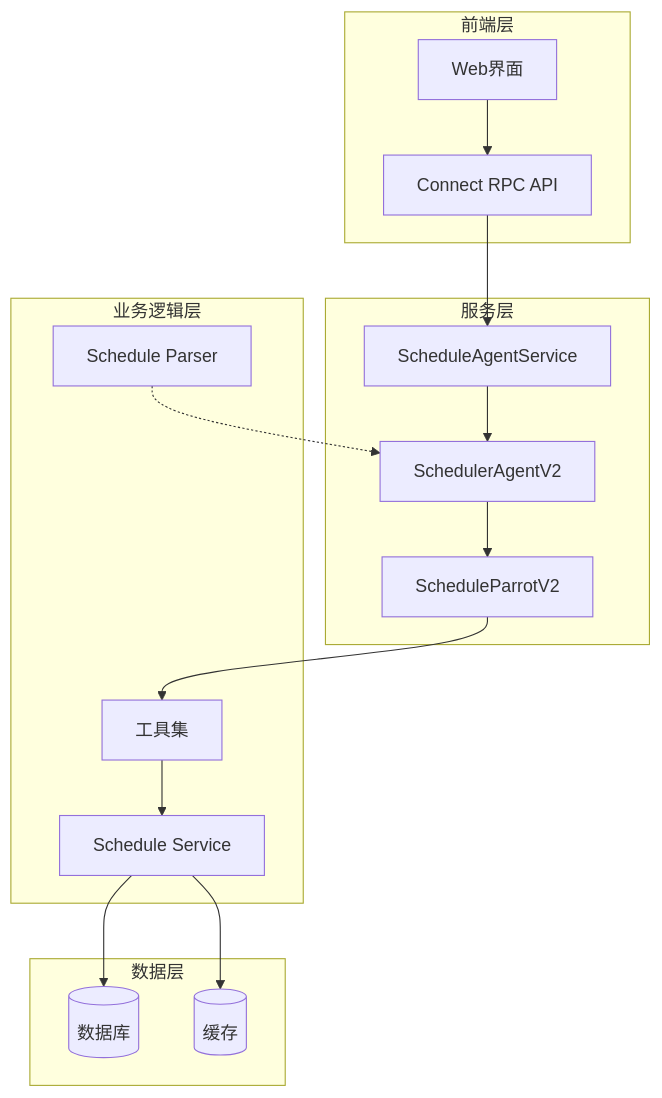
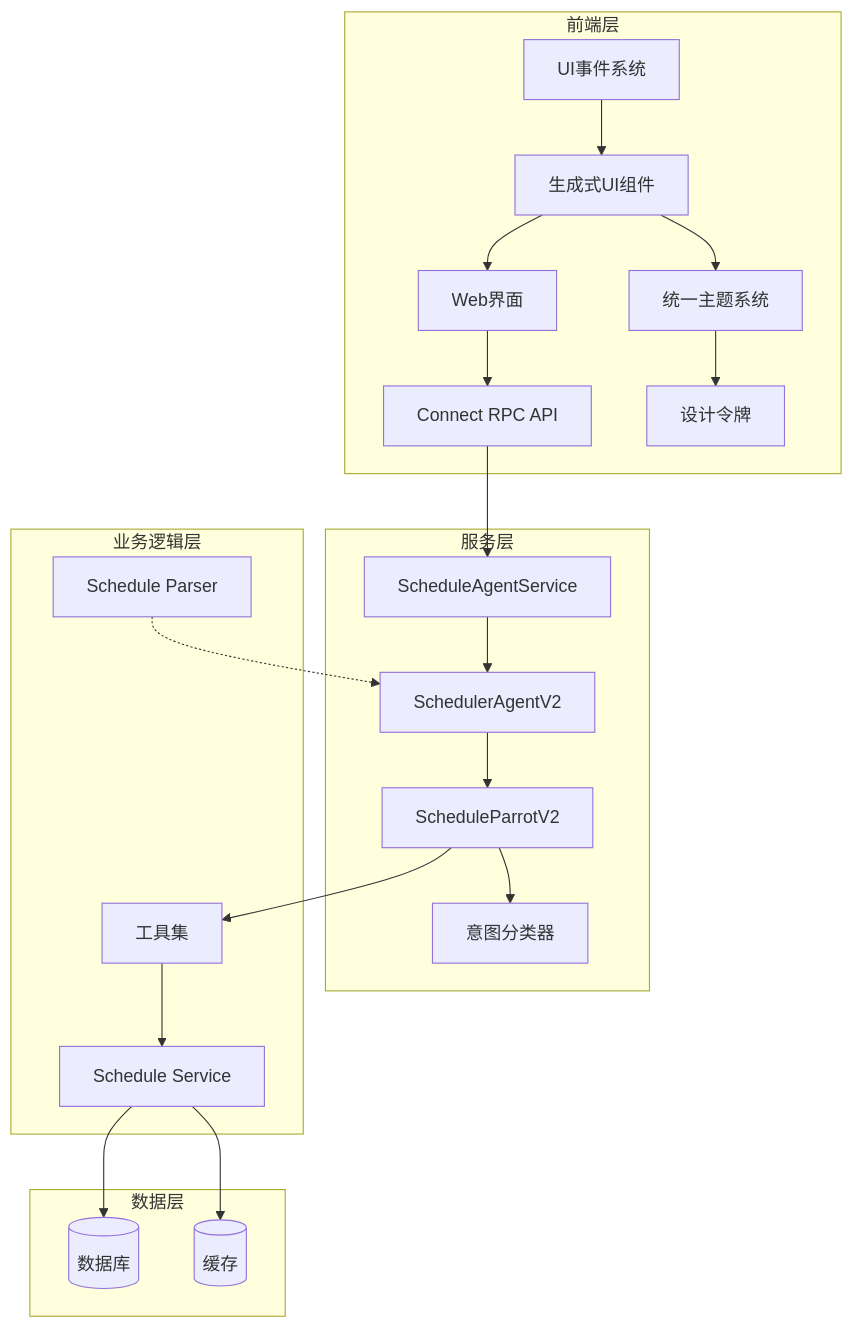
One commit to hrygo/memos changed the first of 23 diagrams in .qoder/repowiki/zh/content/AI 增强系统/Parrot 多代理 AI 系统/Schedule Parrot 日程管理代理.md. Above: the diagram before and after it, drawn with Mermaid. The commit also changed other lines of this file and 29 other files, not shown here.

````diff
--- a/.qoder/repowiki/zh/content/AI 增强系统/Parrot 多代理 AI 系统/Schedule Parrot 日程管理代理.md
+++ b/.qoder/repowiki/zh/content/AI 增强系统/Parrot 多代理 AI 系统/Schedule Parrot 日程管理代理.md
@@ -46,30 +77,40 @@
 ```mermaid
 graph TB
 subgraph "前端层"
 Web[Web界面]
 API[Connect RPC API]
+UIEvents[UI事件系统]
+GenerativeUI[生成式UI组件]
+ThemeSystem[统一主题系统]
+DesignTokens[设计令牌]
 end
 subgraph "服务层"
 Router[ScheduleAgentService]
 Agent[SchedulerAgentV2]
 Parrot[ScheduleParrotV2]
+IntentClassifier[意图分类器]
 end
 subgraph "业务逻辑层"
 Parser[Schedule Parser]
 Tools[工具集]
 Service[Schedule Service]
 end
 subgraph "数据层"
 Store[(数据库)]
 Cache[(缓存)]
 end
 Web --> API
 API --> Router
 Router --> Agent
 Agent --> Parrot
+Parrot --> IntentClassifier
 Parrot --> Tools
 Tools --> Service
 Service --> Store
 Service --> Cache
 Parser -.-> Agent
+UIEvents --> GenerativeUI
+GenerativeUI --> ThemeSystem
+ThemeSystem --> DesignTokens
+GenerativeUI --> Web
 ```
````
